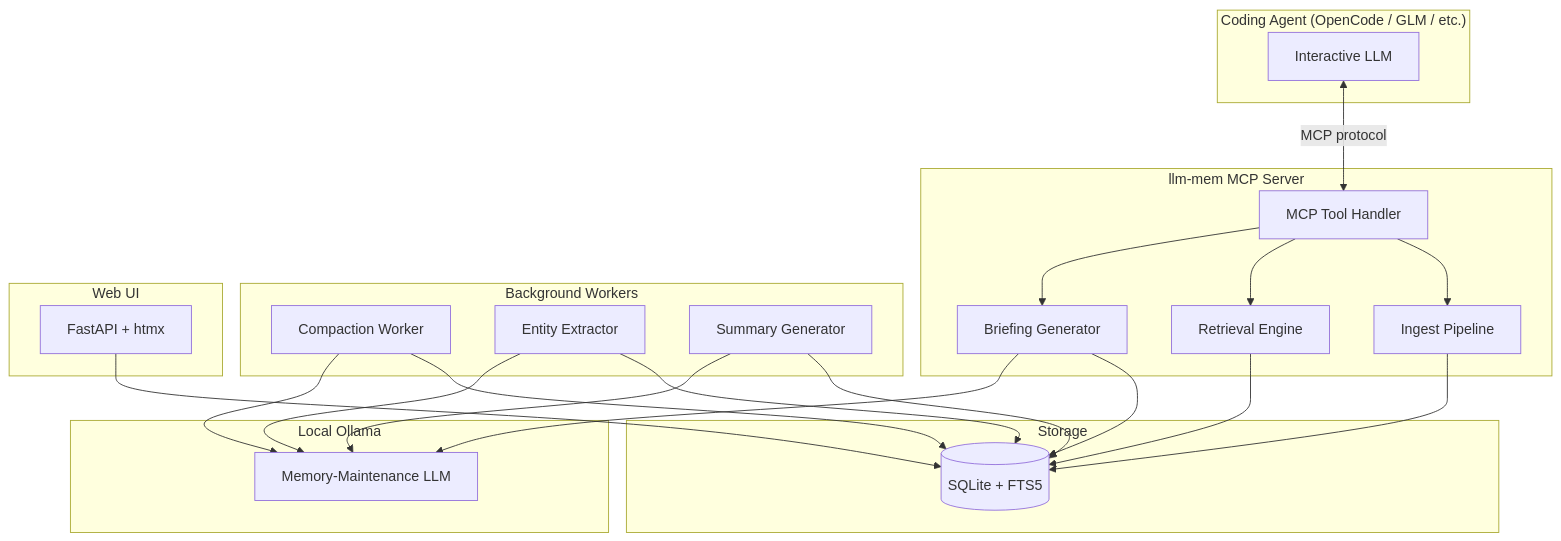
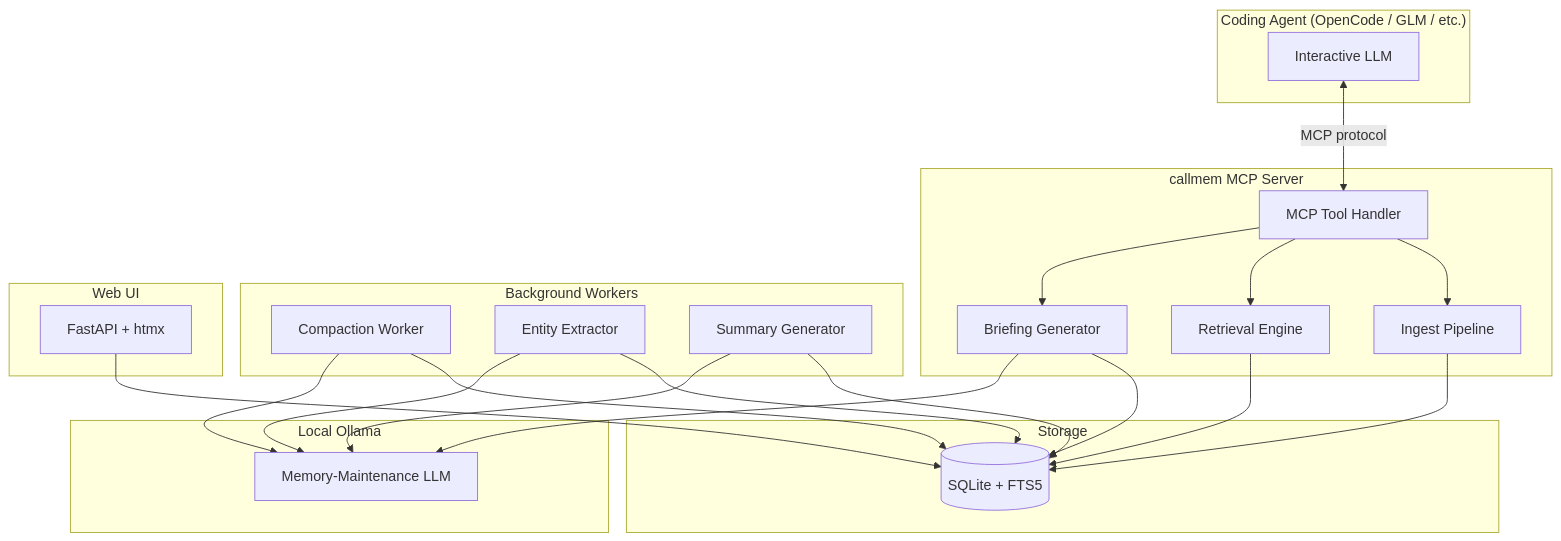
Before and after one commit to DANgerous25/callmem: the first of 5 diagrams in docs/architecture.md, drawn with Mermaid. The commit also changed other lines of this file and 246 other files, not shown here.

First line of the commit message:
feat: rename llm-mem → callmem with full backward compatibility

````diff
--- a/docs/architecture.md
+++ b/docs/architecture.md
@@ -7,47 +7,47 @@
 ```mermaid
 graph TB
     subgraph "Coding Agent (OpenCode / GLM / etc.)"
         A[Interactive LLM]
     end
 
-    subgraph "llm-mem MCP Server"
+    subgraph "callmem MCP Server"
         B[MCP Tool Handler]
         C[Ingest Pipeline]
         D[Retrieval Engine]
         E[Briefing Generator]
     end
 
     subgraph "Background Workers"
         F[Compaction Worker]
         G[Entity Extractor]
         H[Summary Generator]
     end
 
     subgraph "Storage"
         I[(SQLite + FTS5)]
     end
 
     subgraph "Local Ollama"
         J[Memory-Maintenance LLM]
     end
 
     subgraph "Web UI"
         K[FastAPI + htmx]
     end
 
     A <-->|MCP protocol| B
     B --> C
     B --> D
     B --> E
     C --> I
     D --> I
     E --> I
     F --> I
     G --> I
     H --> I
     F --> J
     G --> J
     H --> J
     E --> J
     K --> I
 ```
````
